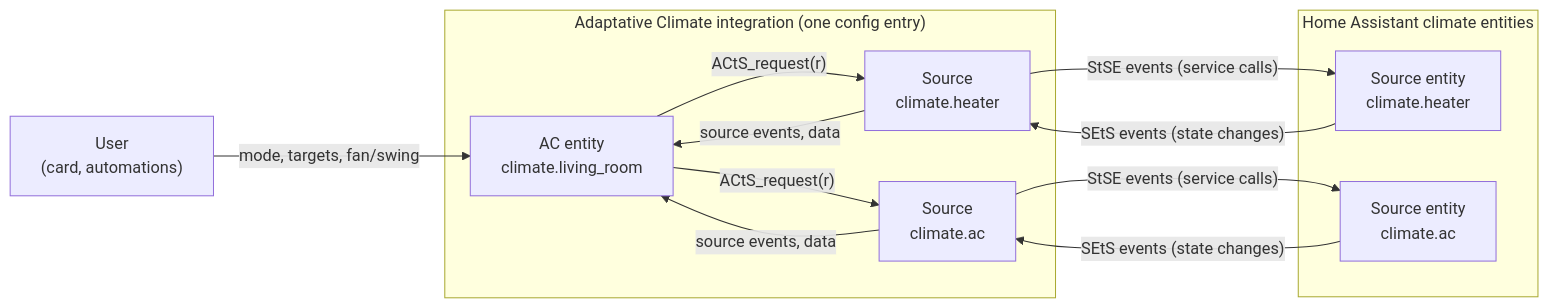
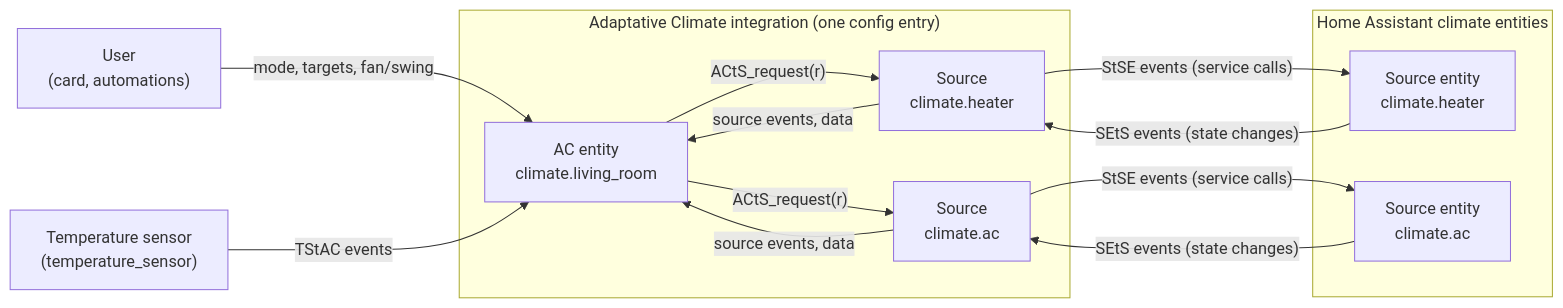
One commit to marsoupilami25/adaptative-climate changed the first of 16 diagrams in SPEC.md. Above: the diagram before and after it, drawn with Mermaid. The commit also changed other lines of this file, not shown here.

````diff
--- a/SPEC.md
+++ b/SPEC.md
@@ -76,22 +100,24 @@
 ```mermaid
 flowchart LR
     U["User<br/>(card, automations)"]
+    T["Temperature sensor<br/>(temperature_sensor)"]
     subgraph INT["Adaptative Climate integration (one config entry)"]
         AC["AC entity<br/>climate.living_room"]
         S1["Source<br/>climate.heater"]
         S2["Source<br/>climate.ac"]
     end
     subgraph HA["Home Assistant climate entities"]
         E1["Source entity<br/>climate.heater"]
         E2["Source entity<br/>climate.ac"]
     end
     U -- "mode, targets, fan/swing" --> AC
+    T -- "TStAC events" --> AC
     AC -- "ACtS_request(r)" --> S1
     AC -- "ACtS_request(r)" --> S2
     S1 -- "source events, data" --> AC
     S2 -- "source events, data" --> AC
     S1 -- "StSE events (service calls)" --> E1
     S2 -- "StSE events (service calls)" --> E2
     E1 -- "SEtS events (state changes)" --> S1
     E2 -- "SEtS events (state changes)" --> S2
 ```
````
